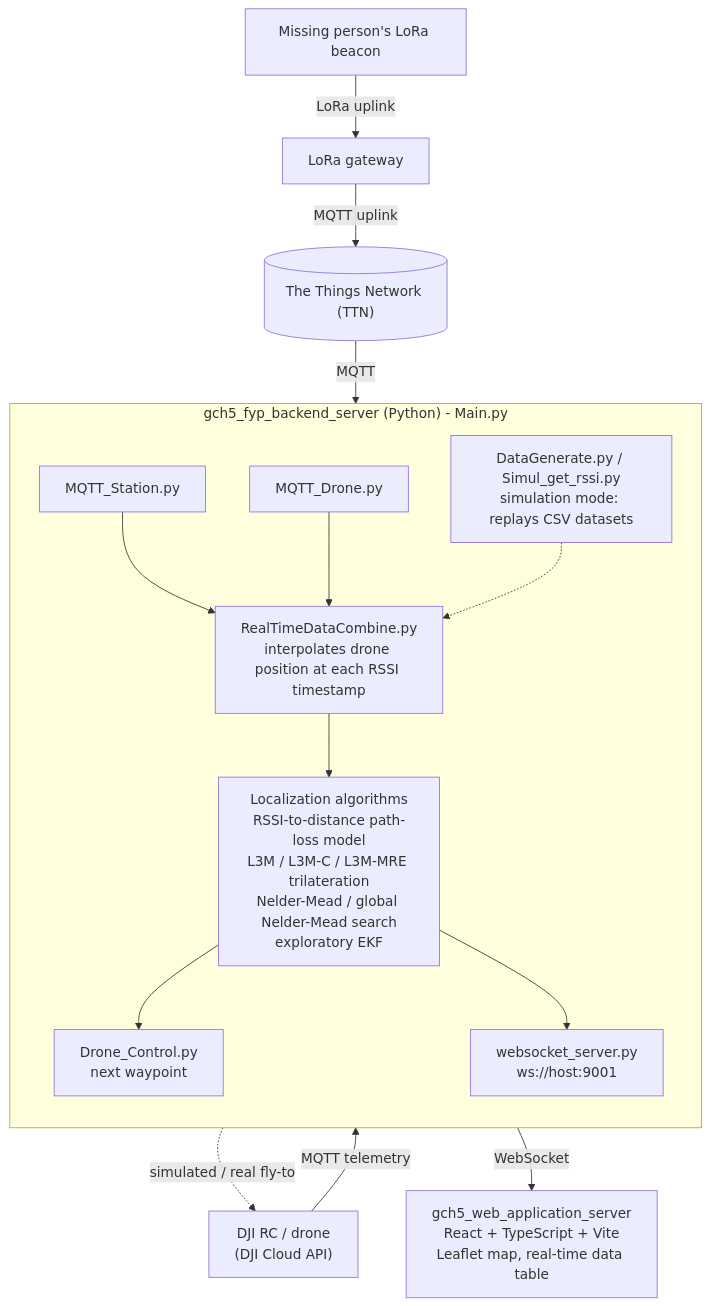
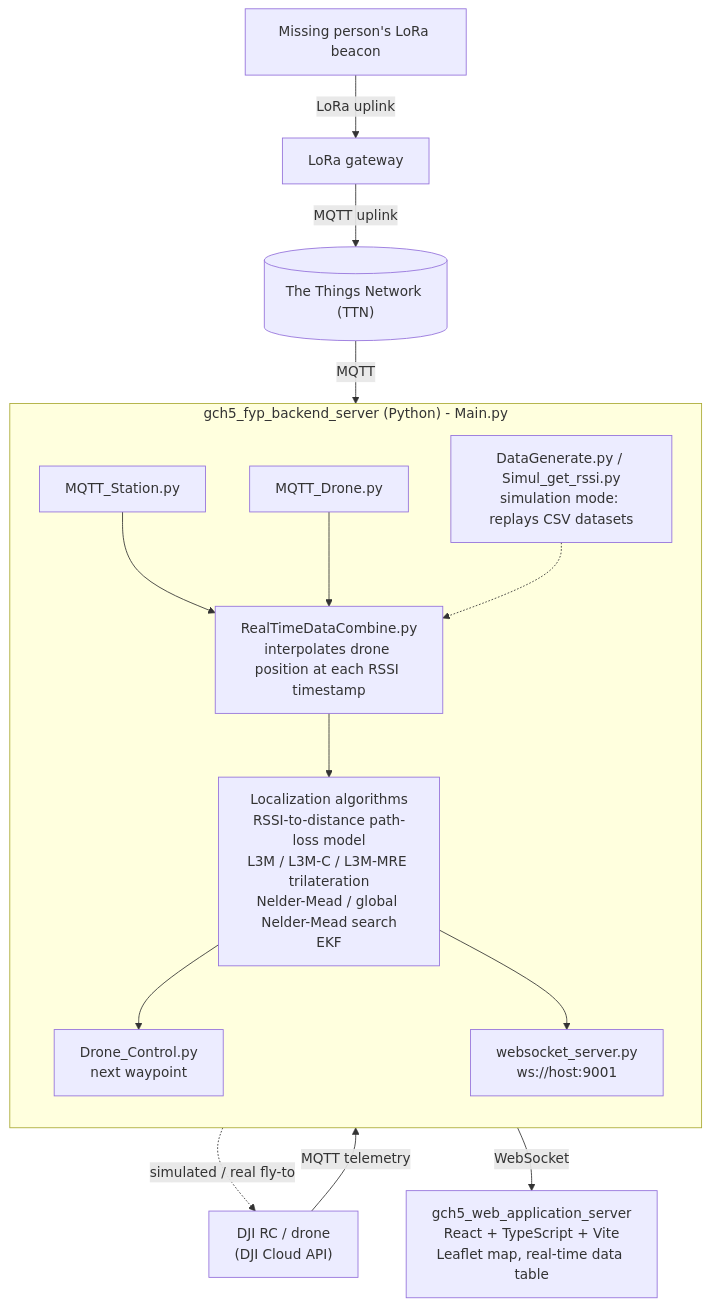
Before and after one commit to nathan215/FYP: the diagram in README.md, drawn with Mermaid. The commit also changed other lines of this file, not shown here.

````diff
--- a/README.md
+++ b/README.md
@@ -11,30 +11,30 @@
 ```mermaid
 flowchart TD
     Beacon["Missing person's LoRa beacon"] -->|LoRa uplink| Gateway["LoRa gateway"]
     Gateway -->|MQTT uplink| TTN[("The Things Network (TTN)")]
     RC["DJI RC / drone<br/>(DJI Cloud API)"]
 
     subgraph Backend["gch5_fyp_backend_server (Python) - Main.py"]
         direction TB
         Station["MQTT_Station.py"]
         DroneMQTT["MQTT_Drone.py"]
         Sim["DataGenerate.py / Simul_get_rssi.py<br/>simulation mode: replays CSV datasets"]
         Combine["RealTimeDataCombine.py<br/>interpolates drone position at each RSSI timestamp"]
-        Algo["Localization algorithms<br/>RSSI-to-distance path-loss model<br/>L3M / L3M-C / L3M-MRE trilateration<br/>Nelder-Mead / global Nelder-Mead search<br/>exploratory EKF"]
+        Algo["Localization algorithms<br/>RSSI-to-distance path-loss model<br/>L3M / L3M-C / L3M-MRE trilateration<br/>Nelder-Mead / global Nelder-Mead search<br/>EKF"]
         Control["Drone_Control.py<br/>next waypoint"]
         WS["websocket_server.py<br/>ws://host:9001"]
 
         Station --> Combine
         DroneMQTT --> Combine
         Sim -.-> Combine
         Combine --> Algo
         Algo --> Control
         Algo --> WS
     end
 
     TTN -->|MQTT| Station
     RC -->|MQTT telemetry| DroneMQTT
     Control -.->|simulated / real fly-to| RC
 
     WS -->|WebSocket| Web["gch5_web_application_server<br/>React + TypeScript + Vite<br/>Leaflet map, real-time data table"]
 ```
````
